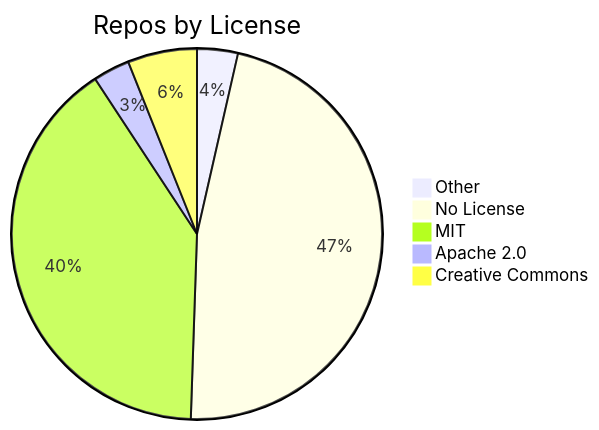
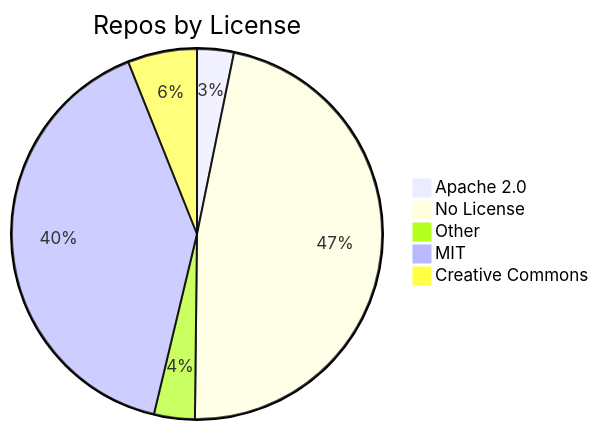
Before and after one commit to jpatterson933/awesome-mcp-server-repo-index: the diagram in README.md, drawn with Mermaid. The commit also changed other lines of this file and 3 other files, not shown here.

````diff
--- a/README.md
+++ b/README.md
@@ -29,8 +29,8 @@
 ```mermaid
 pie title Repos by License
+    "Apache 2.0" : 9
+    "No License" : 132
     "Other" : 10
-    "No License" : 132
     "MIT" : 113
-    "Apache 2.0" : 9
     "Creative Commons" : 17
 ```
````
